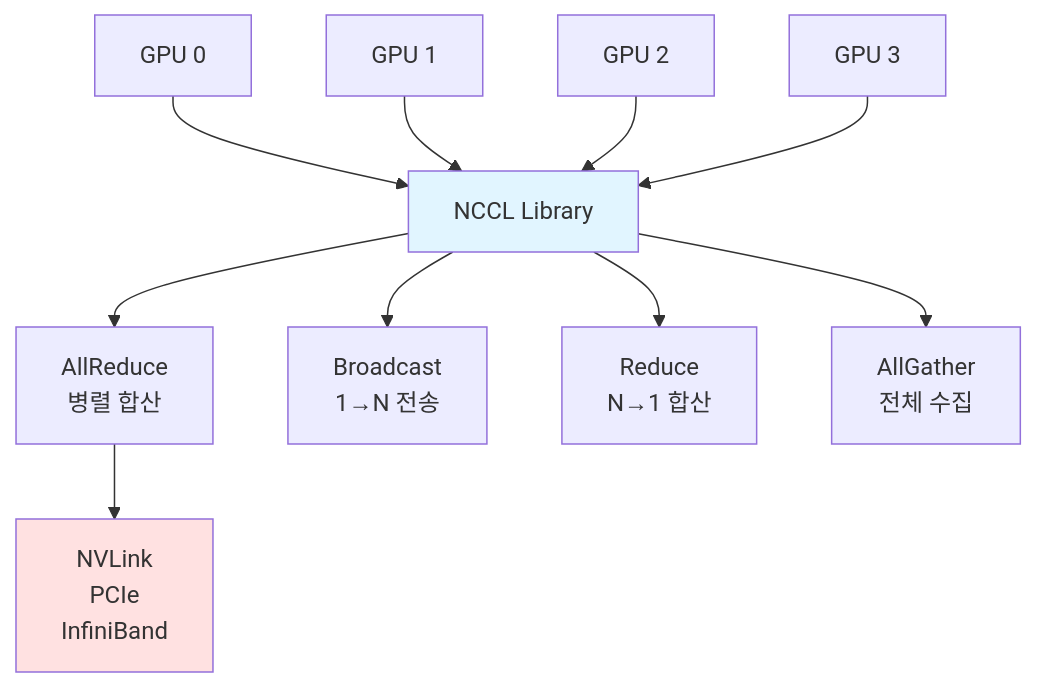
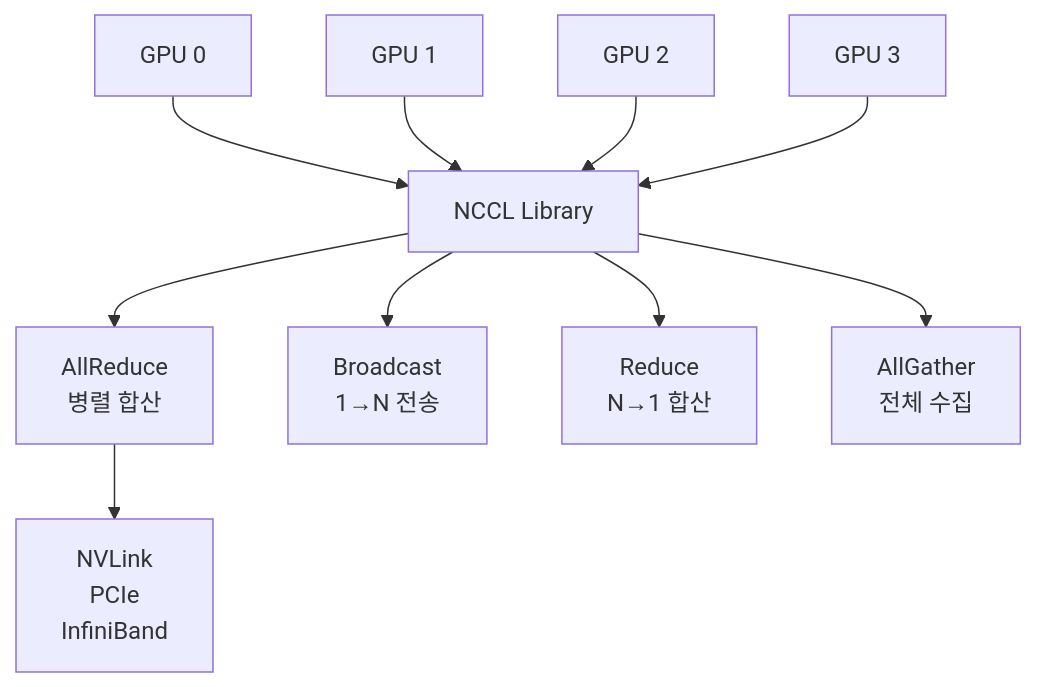
Before and after one commit to juwon8891/juwon8891.github.io: the third of 4 diagrams in docs/cuda/nvidia-cuda-architecture.md, drawn with Mermaid. The commit also changed other lines of this file and 18 other files, not shown here.

Commit message:
Remove bright colors from Mermaid diagrams for dark mode compatibility

````diff
--- a/docs/cuda/nvidia-cuda-architecture.md
+++ b/docs/cuda/nvidia-cuda-architecture.md
@@ -431,17 +424,15 @@
 ```mermaid
 graph TD
     A[GPU 0] --> B[NCCL Library]
     C[GPU 1] --> B
     D[GPU 2] --> B
     E[GPU 3] --> B
 
     B --> F[AllReduce<br/>병렬 합산]
     B --> G[Broadcast<br/>1→N 전송]
     B --> H[Reduce<br/>N→1 합산]
     B --> I[AllGather<br/>전체 수집]
 
     F --> J[NVLink<br/>PCIe<br/>InfiniBand]
 
-    style B fill:#e1f5ff
-    style J fill:#ffe1e1
 ```
````
